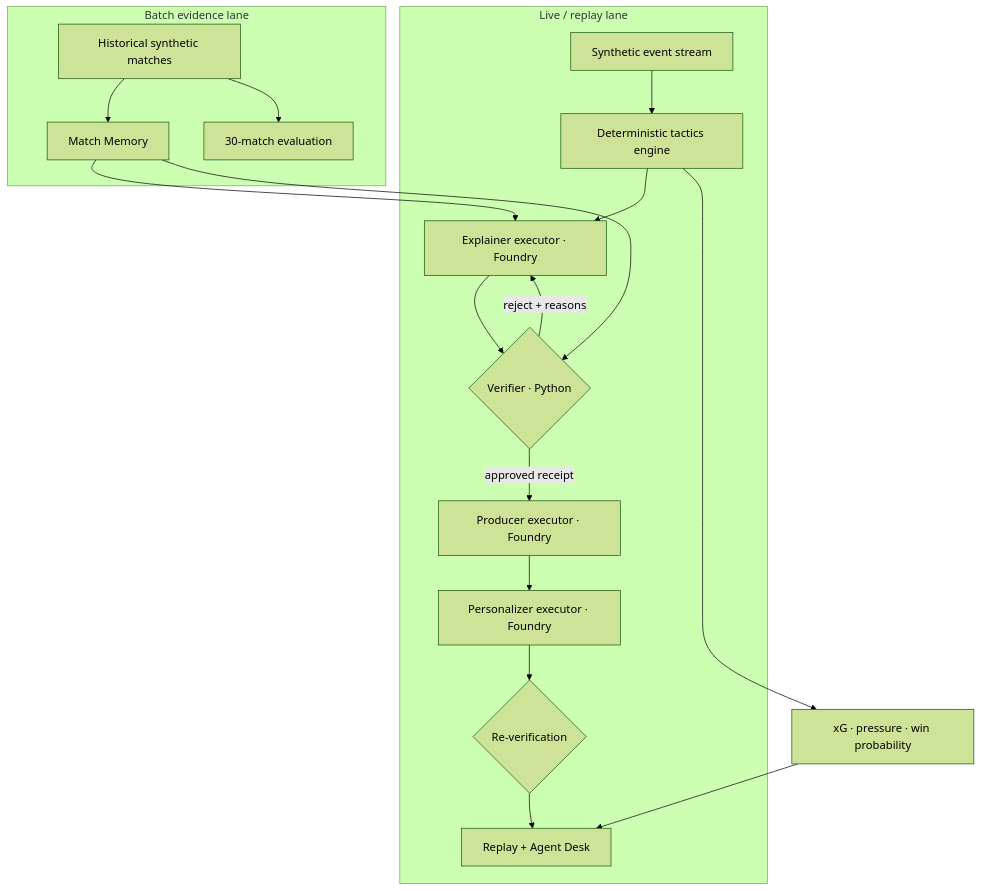
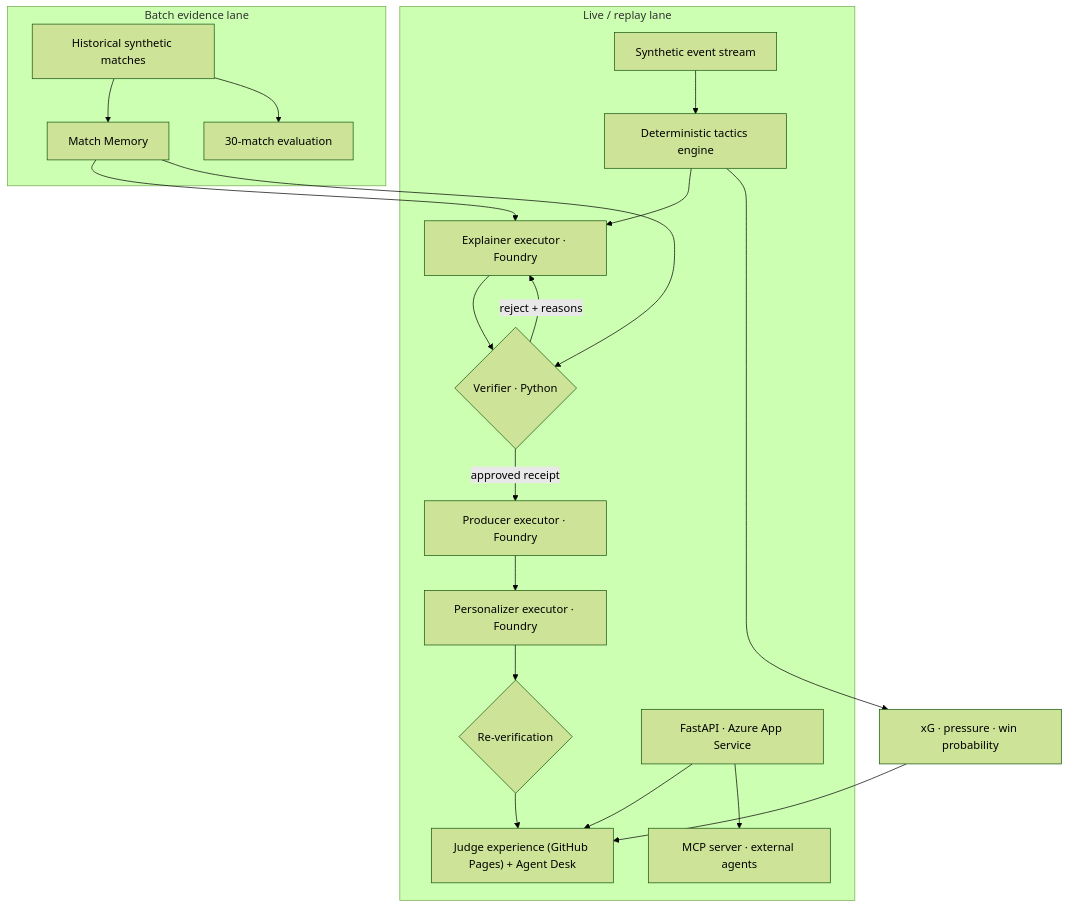
The diagram in docs/ARCHITECTURE.md (Lmg15186/fiel), drawn with Mermaid (forest theme) before and after one commit. The commit also changed other lines of this file and 14 other files, not shown here.

First line of the commit message:
Connect judge experience to the Azure API, add MCP server and verify endpoint

````diff
--- a/docs/ARCHITECTURE.md
+++ b/docs/ARCHITECTURE.md
@@ -7,23 +7,25 @@
 ```mermaid
 flowchart TB
   subgraph Live["Live / replay lane"]
     E["Synthetic event stream"] --> T["Deterministic tactics engine"]
     T --> X["Explainer executor · Foundry"]
     X --> V{"Verifier · Python"}
     V -- "reject + reasons" --> X
     V -- "approved receipt" --> R["Producer executor · Foundry"]
     R --> P["Personalizer executor · Foundry"]
     P --> V2{"Re-verification"}
-    V2 --> UI["Replay + Agent Desk"]
+    V2 --> UI["Judge experience (GitHub Pages) + Agent Desk"]
+    API["FastAPI · Azure App Service"] --> UI
+    API --> MCP["MCP server · external agents"]
   end
 
   subgraph Batch["Batch evidence lane"]
     H["Historical synthetic matches"] --> M["Match Memory"]
     H --> Q["30-match evaluation"]
   end
 
   M --> X
   M --> V
   T --> O["xG · pressure · win probability"]
   O --> UI
 ```
````
